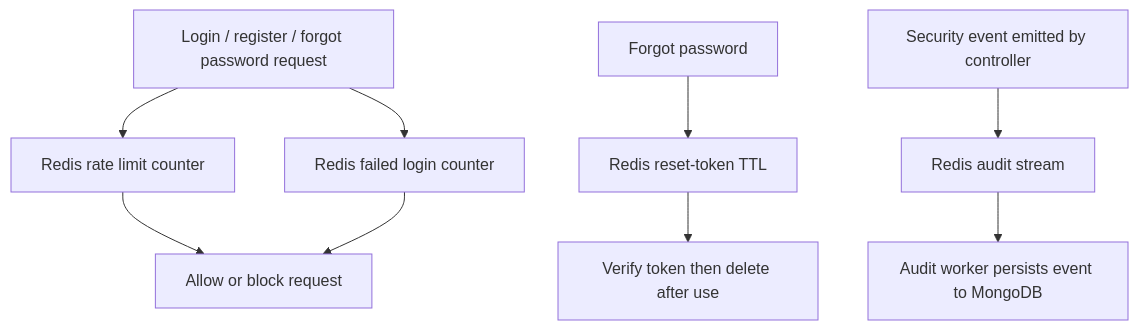
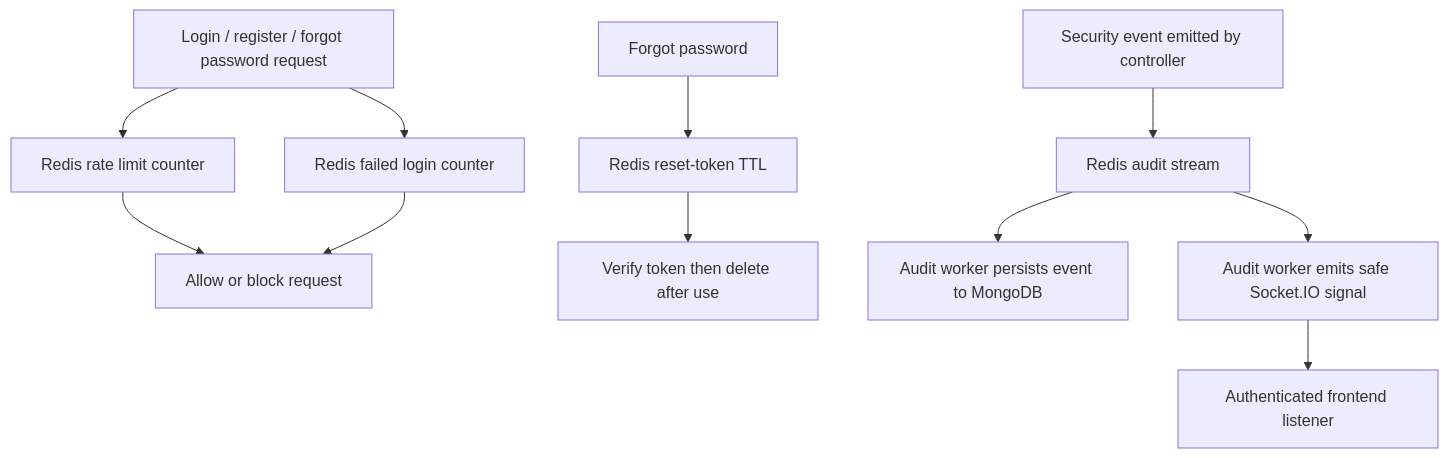
Before and after one commit to riddhijain1509/Keymate: the diagram in docs/redis.md, drawn with Mermaid. The commit also changed other lines of this file and 22 other files, not shown here.

````diff
--- a/docs/redis.md
+++ b/docs/redis.md
@@ -45,11 +47,13 @@
 ```mermaid
 flowchart TD
   A[Login / register / forgot password request] --> B[Redis rate limit counter]
   A --> C[Redis failed login counter]
   D[Forgot password] --> E[Redis reset-token TTL]
   H[Security event emitted by controller] --> I[Redis audit stream]
   B --> F[Allow or block request]
   C --> F
   E --> G[Verify token then delete after use]
   I --> J[Audit worker persists event to MongoDB]
+  I --> K[Audit worker emits safe Socket.IO signal]
+  K --> L[Authenticated frontend listener]
 ```
````
